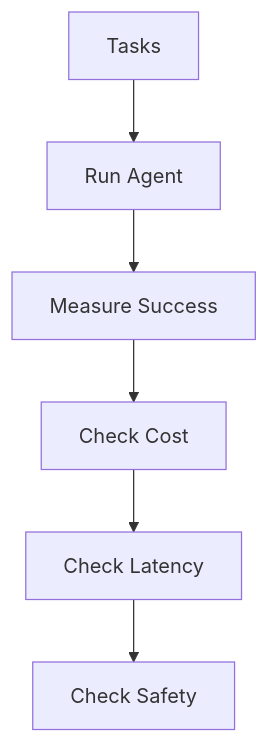
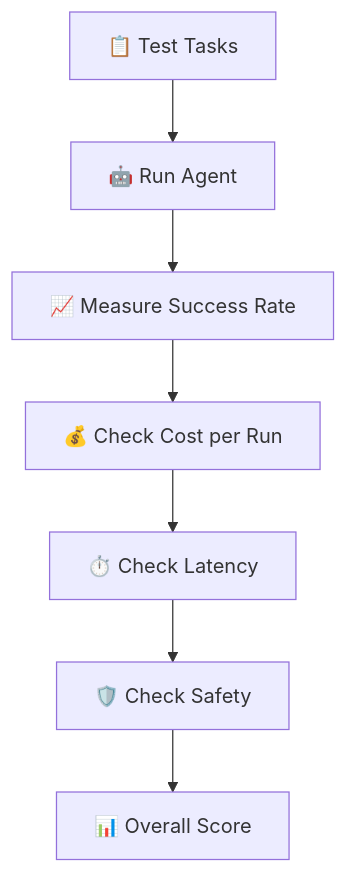
Before and after one commit to Sameer-Malik20/SusaGPT-Build-LLM-From-Scratch-With-Hinglish-Learning-Material: diagram 12 of 14 in docs/ai/AI_Agents_Guide.md, drawn with Mermaid. The commit also changed other lines of this file and 10 other files, not shown here.

````diff
--- a/docs/ai/AI_Agents_Guide.md
+++ b/docs/ai/AI_Agents_Guide.md
@@ -464,8 +420,9 @@
 ```mermaid
 flowchart TD
-    A[Tasks] --> B[Run Agent]
-    B --> C[Measure Success]
-    C --> D[Check Cost]
-    D --> E[Check Latency]
-    E --> F[Check Safety]
+    A["📋 Test Tasks"] --> B["🤖 Run Agent"]
+    B --> C["📈 Measure Success Rate"]
+    C --> D["💰 Check Cost per Run"]
+    D --> E["⏱️ Check Latency"]
+    E --> F["🛡️ Check Safety"]
+    F --> G["📊 Overall Score"]
 ```
````
